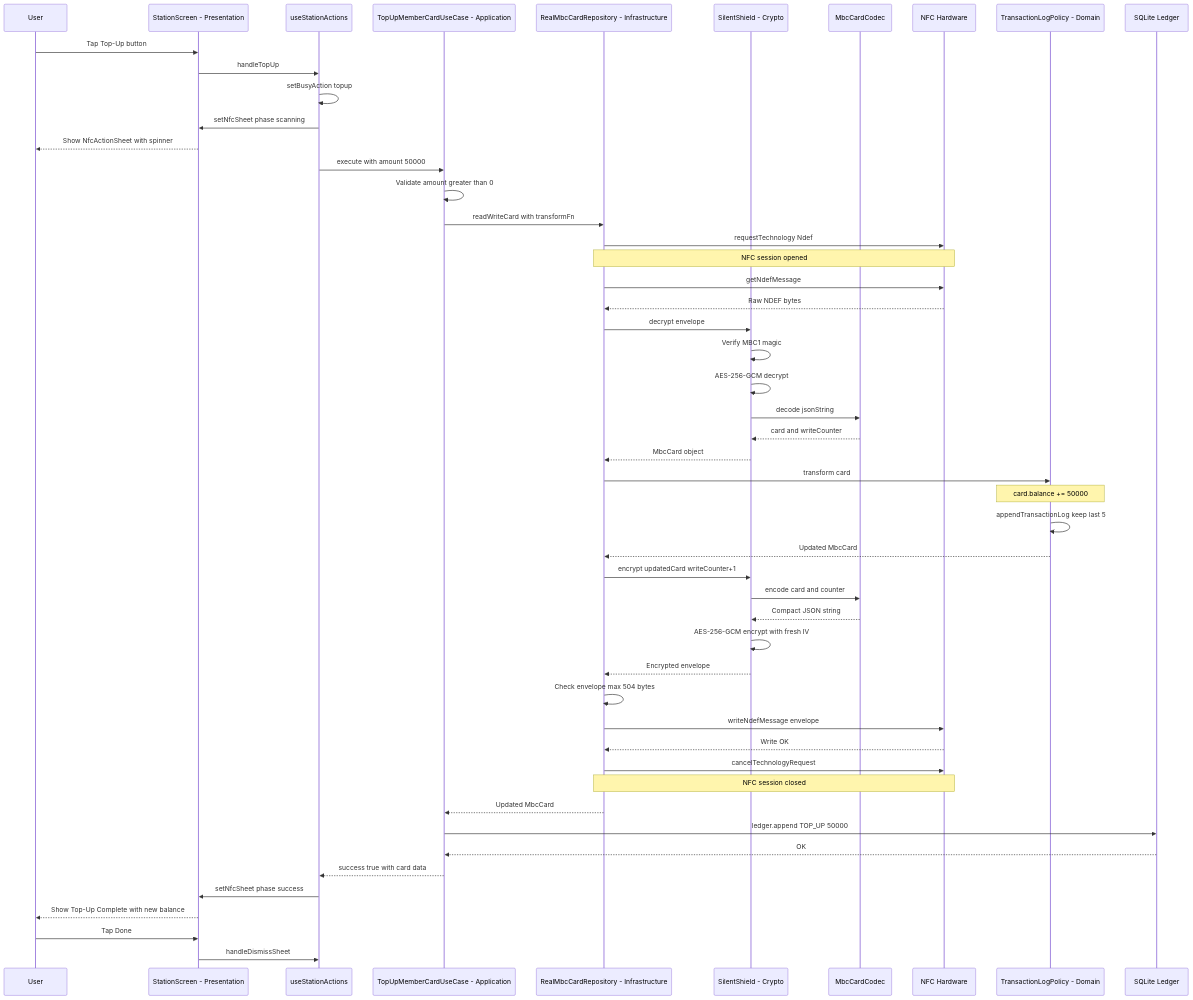
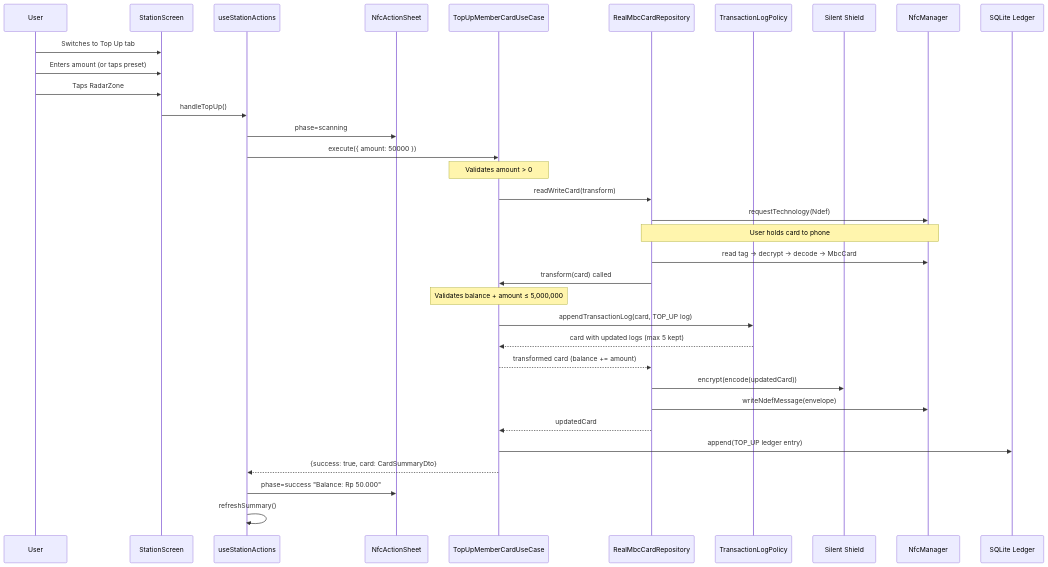
The first of 2 diagrams in docs/explainer/STATION_TOPUP_FLOW.md (Schitzos/mbc-nfc), drawn with Mermaid before and after one commit. The commit also changed other lines of this file and 12 other files, not shown here.

````diff
--- a/docs/explainer/STATION_TOPUP_FLOW.md
+++ b/docs/explainer/STATION_TOPUP_FLOW.md
@@ -467,65 +38,42 @@
 ```mermaid
 sequenceDiagram
     participant User
-    participant UI as StationScreen - Presentation
+    participant UI as StationScreen
     participant Hook as useStationActions
-    participant UC as TopUpMemberCardUseCase - Application
-    participant Repo as RealMbcCardRepository - Infrastructure
-    participant Shield as SilentShield - Crypto
-    participant Codec as MbcCardCodec
-    participant NFC as NFC Hardware
-    participant Domain as TransactionLogPolicy - Domain
+    participant Sheet as NfcActionSheet
+    participant UC as TopUpMemberCardUseCase
+    participant Repo as RealMbcCardRepository
+    participant Policy as TransactionLogPolicy
+    participant Shield as Silent Shield
+    participant NFC as NfcManager
     participant DB as SQLite Ledger
 
-    User->>UI: Tap Top-Up button
-    UI->>Hook: handleTopUp
-    Hook->>Hook: setBusyAction topup
-    Hook->>UI: setNfcSheet phase scanning
-    UI-->>User: Show NfcActionSheet with spinner
+    User->>UI: Switches to Top Up tab
+    User->>UI: Enters amount (or taps preset)
+    User->>UI: Taps RadarZone
+    UI->>Hook: handleTopUp()
+    Hook->>Sheet: phase=scanning
+    Hook->>UC: execute({ amount: 50000 })
 
-    Hook->>UC: execute with amount 50000
-    UC->>UC: Validate amount greater than 0
+    Note over UC: Validates amount > 0
 
-    UC->>Repo: readWriteCard with transformFn
-    Repo->>NFC: requestTechnology Ndef
-    Note over Repo,NFC: NFC session opened
+    UC->>Repo: readWriteCard(transform)
+    Repo->>NFC: requestTechnology(Ndef)
+    Note over Repo,NFC: User holds card to phone
+    Repo->>NFC: read tag → decrypt → decode → MbcCard
+    Repo->>UC: transform(card) called
 
-    Repo->>NFC: getNdefMessage
-    NFC-->>Repo: Raw NDEF bytes
+    Note over UC: Validates balance + amount ≤ 5,000,000
 
-    Repo->>Shield: decrypt envelope
-    Shield->>Shield: Verify MBC1 magic
-    Shield->>Shield: AES-256-GCM decrypt
-    Shield->>Codec: decode jsonString
-    Codec-->>Shield: card and writeCounter
-    Shield-->>Repo: MbcCard object
+    UC->>Policy: appendTransactionLog(card, TOP_UP log)
+    Policy-->>UC: card with updated logs (max 5 kept)
+    UC-->>Repo: transformed card (balance += amount)
+    Repo->>Shield: encrypt(encode(updatedCard))
+    Repo->>NFC: writeNdefMessage(envelope)
+    Repo-->>UC: updatedCard
 
-    Repo->>Domain: transform card
-    Note over Domain: card.balance += 50000
-    Domain->>Domain: appendTransactionLog keep last 5
-    Domain-->>Repo: Updated MbcCard
-
-    Repo->>Shield: encrypt updatedCard writeCounter+1
-    Shield->>Codec: encode card and counter
-    Codec-->>Shield: Compact JSON string
-    Shield->>Shield: AES-256-GCM encrypt with fresh IV
-    Shield-->>Repo: Encrypted envelope
-
-    Repo->>Repo: Check envelope max 504 bytes
-    Repo->>NFC: writeNdefMessage envelope
-    NFC-->>Repo: Write OK
-
-    Repo->>NFC: cancelTechnologyRequest
-    Note over Repo,NFC: NFC session closed
-
-    Repo-->>UC: Updated MbcCard
-
-    UC->>DB: ledger.append TOP_UP 50000
-    DB-->>UC: OK
-
-    UC-->>Hook: success true with card data
-    Hook->>UI: setNfcSheet phase success
-    UI-->>User: Show Top-Up Complete with new balance
-    User->>UI: Tap Done
-    UI->>Hook: handleDismissSheet
+    UC->>DB: append(TOP_UP ledger entry)
+    UC-->>Hook: {success: true, card: CardSummaryDto}
+    Hook->>Sheet: phase=success "Balance: Rp 50.000"
+    Hook->>Hook: refreshSummary()
 ```
````
